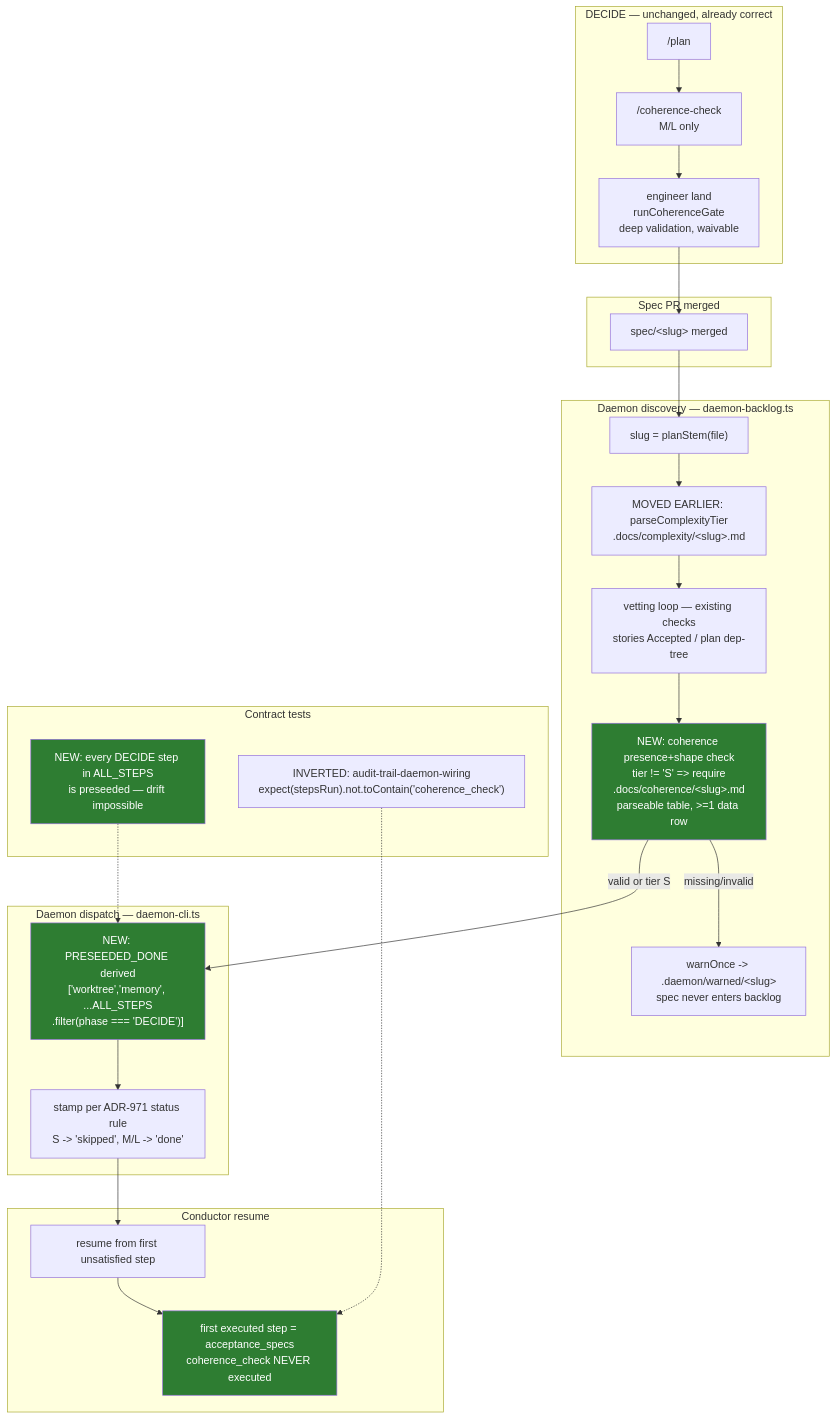
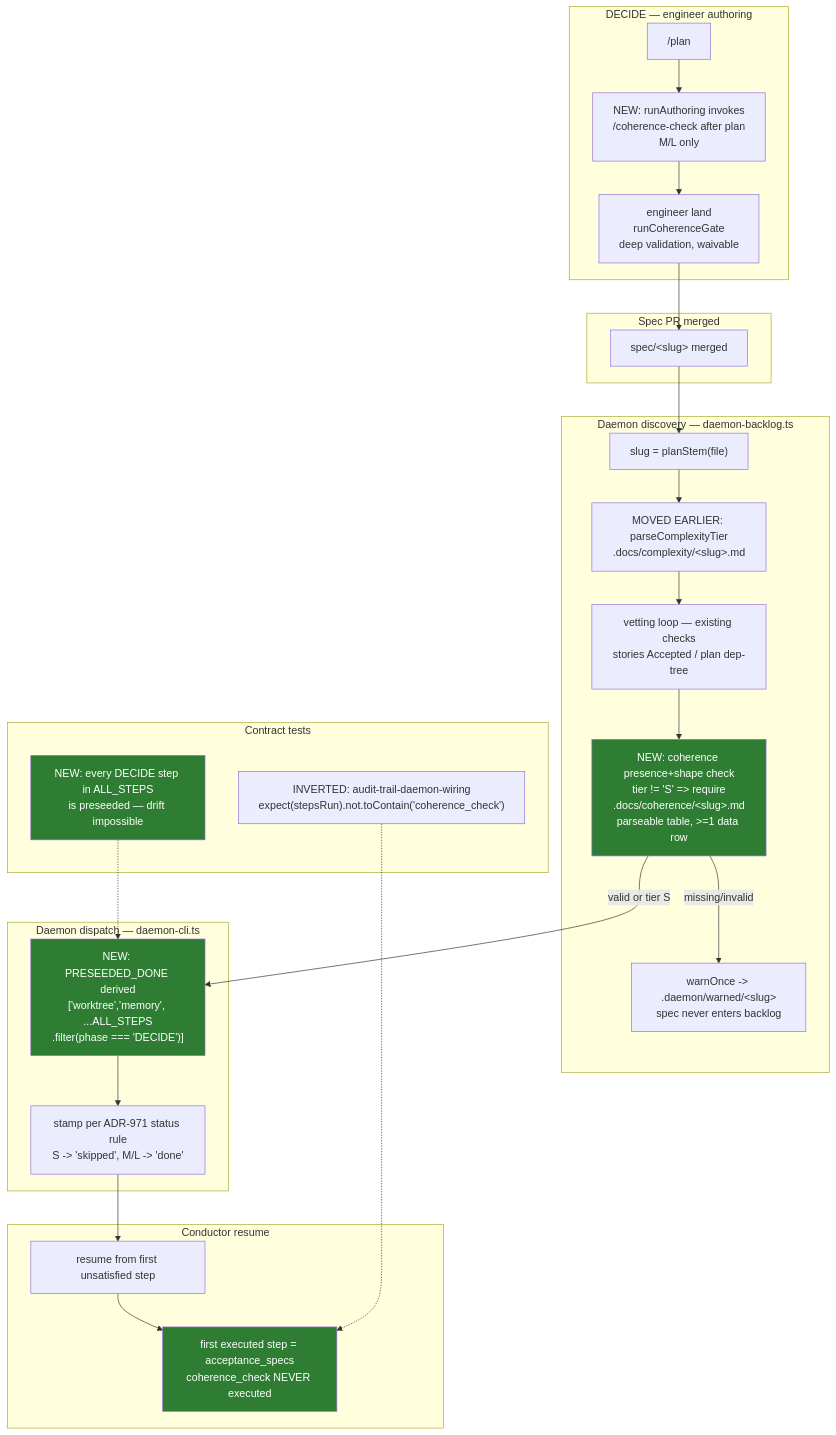
The second of 2 diagrams in .docs/architecture/2026-07-26-daemon-decide-phase-coherence-ownership-971.md (jstoup111/ai-conductor), drawn with Mermaid before and after one commit. The commit also changed other lines of this file and 5 other files, not shown here.

````diff
--- a/.docs/architecture/2026-07-26-daemon-decide-phase-coherence-ownership-971.md
+++ b/.docs/architecture/2026-07-26-daemon-decide-phase-coherence-ownership-971.md
@@ -68,47 +68,47 @@
 ```mermaid
 graph TD
-    subgraph DECIDE2["DECIDE — unchanged, already correct"]
+    subgraph DECIDE2["DECIDE — engineer authoring"]
         PLAN2["/plan"]
-        COH2["/coherence-check<br/>M/L only"]
+        COH2["NEW: runAuthoring invokes<br/>/coherence-check after plan<br/>M/L only"]
         LAND2["engineer land<br/>runCoherenceGate<br/>deep validation, waivable"]
     end
 
     subgraph GH2["Spec PR merged"]
         MERGED2["spec/&lt;slug&gt; merged"]
     end
 
     subgraph DISCOVERY2["Daemon discovery — daemon-backlog.ts"]
         SCAN2["slug = planStem(file)"]
         TIER2["MOVED EARLIER: parseComplexityTier<br/>.docs/complexity/&lt;slug&gt;.md"]
         VET2["vetting loop — existing checks<br/>stories Accepted / plan dep-tree"]
         NEWVET["NEW: coherence presence+shape check<br/>tier != 'S' =&gt; require<br/>.docs/coherence/&lt;slug&gt;.md<br/>parseable table, &gt;=1 data row"]
         WARN["warnOnce -&gt; .daemon/warned/&lt;slug&gt;<br/>spec never enters backlog"]
     end
 
     subgraph DISPATCH2["Daemon dispatch — daemon-cli.ts"]
         DERIVE["NEW: PRESEEDED_DONE derived<br/>['worktree','memory', ...ALL_STEPS<br/>.filter(phase === 'DECIDE')]"]
         STAMP2["stamp per ADR-971 status rule<br/>S -&gt; 'skipped', M/L -&gt; 'done'"]
     end
 
     subgraph BUILD2["Conductor resume"]
         RESUME2["resume from first unsatisfied step"]
         FIRST["first executed step = acceptance_specs<br/>coherence_check NEVER executed"]
     end
 
     subgraph TEST["Contract tests"]
         SYNC["NEW: every DECIDE step in ALL_STEPS<br/>is preseeded — drift impossible"]
         INV["INVERTED: audit-trail-daemon-wiring<br/>expect(stepsRun).not.toContain('coherence_check')"]
     end
 
     PLAN2 --> COH2 --> LAND2 --> MERGED2 --> SCAN2 --> TIER2 --> VET2 --> NEWVET
     NEWVET -->|"valid or tier S"| DERIVE
     NEWVET -->|"missing/invalid"| WARN
     DERIVE --> STAMP2 --> RESUME2 --> FIRST
     SYNC -.-> DERIVE
     INV -.-> FIRST
 
     style NEWVET fill:#2e7d32,color:#ffffff
     style DERIVE fill:#2e7d32,color:#ffffff
     style SYNC fill:#2e7d32,color:#ffffff
     style FIRST fill:#2e7d32,color:#ffffff
 ```
````
